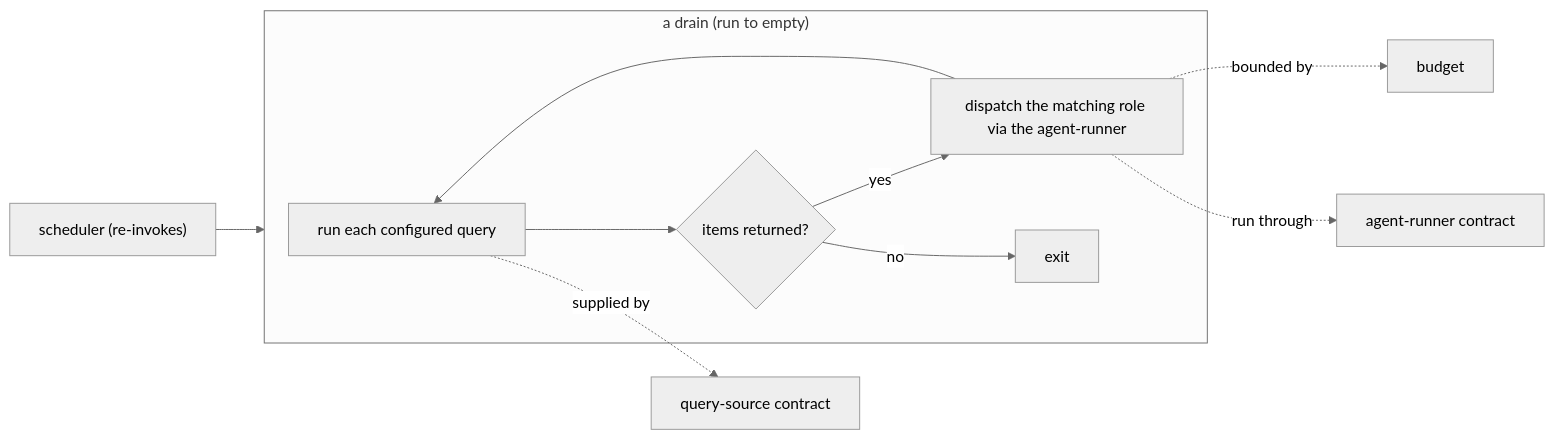
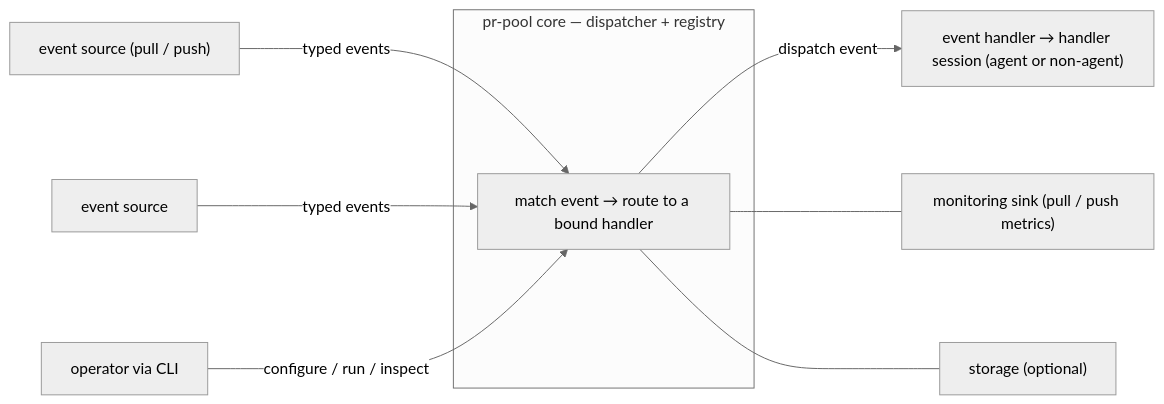
The diagram in packages/pr-pool/docs/behavior/README.md (phillipgreenii/nix-agent-support), drawn with Mermaid (neutral theme) before and after one commit. The commit also changed other lines of this file and 7 other files, not shown here.

````diff
--- a/packages/pr-pool/docs/behavior/README.md
+++ b/packages/pr-pool/docs/behavior/README.md
@@ -37,13 +15,12 @@
 ```mermaid
 flowchart LR
-    sched["scheduler (re-invokes)"] --> drain
-    subgraph drain["a drain (run to empty)"]
-      q["run each configured query"] --> items{"items returned?"}
-      items -->|yes| role["dispatch the matching role via the agent-runner"]
-      role --> q
-      items -->|no| exit["exit"]
+    SRCa["event source (pull / push)"] -->|typed events| core
+    SRCb["event source"] -->|typed events| core
+    subgraph prpool["pr-pool core — dispatcher + registry"]
+      core["match event → route to a bound handler"]
     end
-    role -. bounded by .-> budget["budget"]
-    q -. supplied by .-> qsrc["query-source contract"]
-    role -. run through .-> arun["agent-runner contract"]
+    core -->|dispatch event| HDL["event handler → handler session (agent or non-agent)"]
+    core --- MON["monitoring sink (pull / push metrics)"]
+    core --- STO["storage (optional)"]
+    OP["operator via CLI"] -->|configure / run / inspect| core
 ```
````
